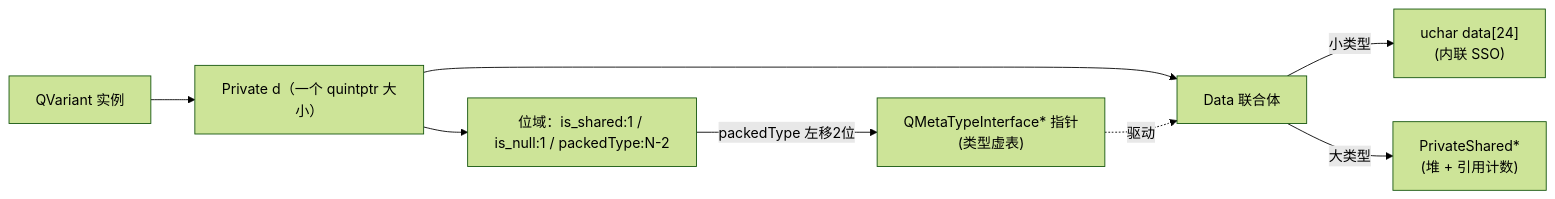
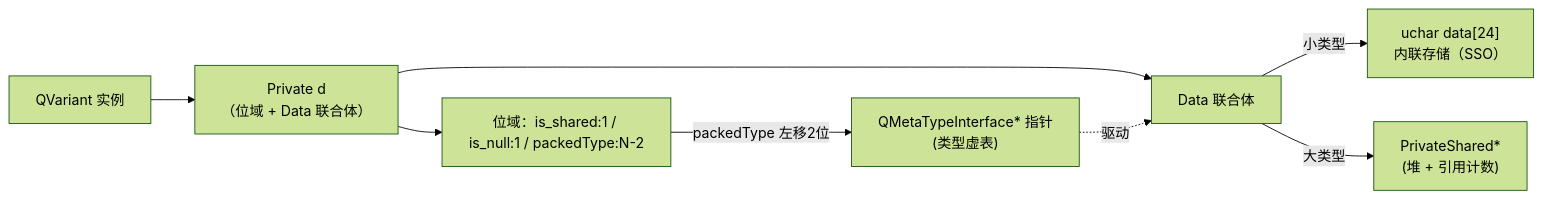
One commit to Awesome-Embedded-Learning-Studio/Tutorial_AwesomeQt changed the diagram in tutorial/expert/01-qtbase/05-qvariant-expert.md. Above: the diagram before and after it, drawn with Mermaid (forest theme). The commit also changed other lines of this file and 27 other files, not shown here.

````diff
--- a/tutorial/expert/01-qtbase/05-qvariant-expert.md
+++ b/tutorial/expert/01-qtbase/05-qvariant-expert.md
@@ -36,10 +36,10 @@
 ```mermaid
 flowchart LR
-    Q["QVariant 实例"] --> P["Private d（一个 quintptr 大小）"]
+    Q["QVariant 实例"] --> P["Private d<br/>（位域 + Data 联合体）"]
     P --> B["位域：is_shared:1 / is_null:1 / packedType:N-2"]
     P --> D["Data 联合体"]
     B -->|"packedType 左移2位"| IF["QMetaTypeInterface* 指针<br/>(类型虚表)"]
-    D -->|"小类型"| IN["uchar data[24]<br/>(内联 SSO)"]
+    D -->|"小类型"| IN["uchar data[24]<br/>内联存储（SSO）"]
     D -->|"大类型"| SH["PrivateShared*<br/>(堆 + 引用计数)"]
     IF -.驱动.-> D
 ```
````
